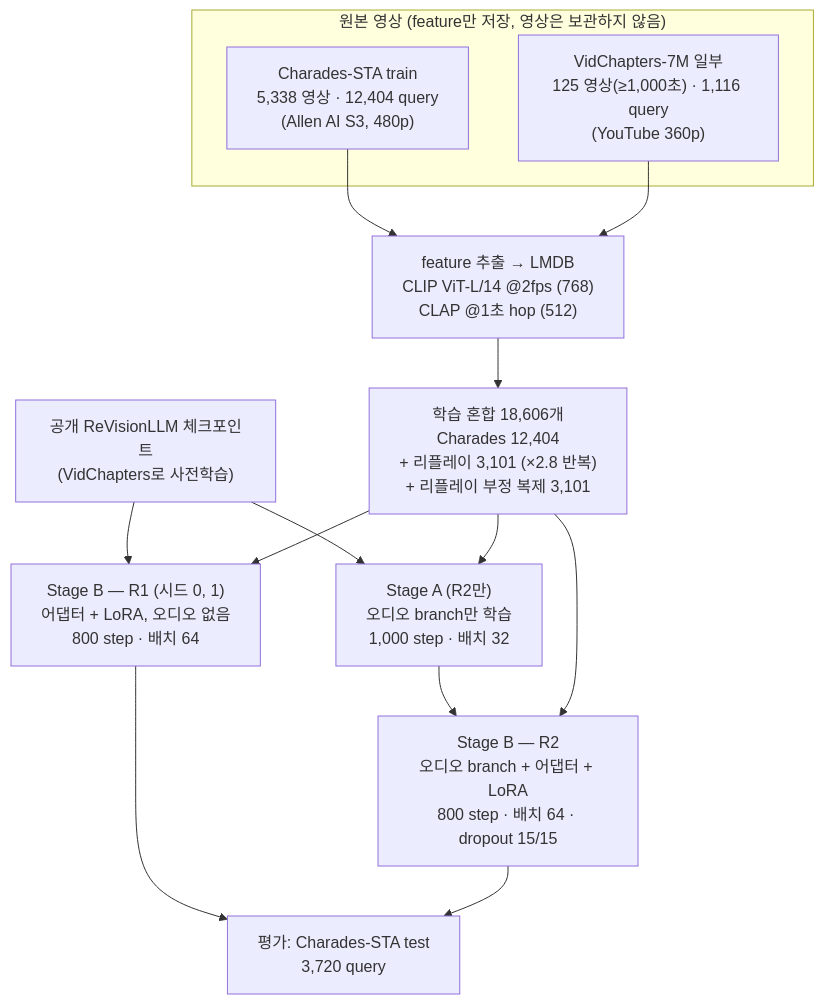
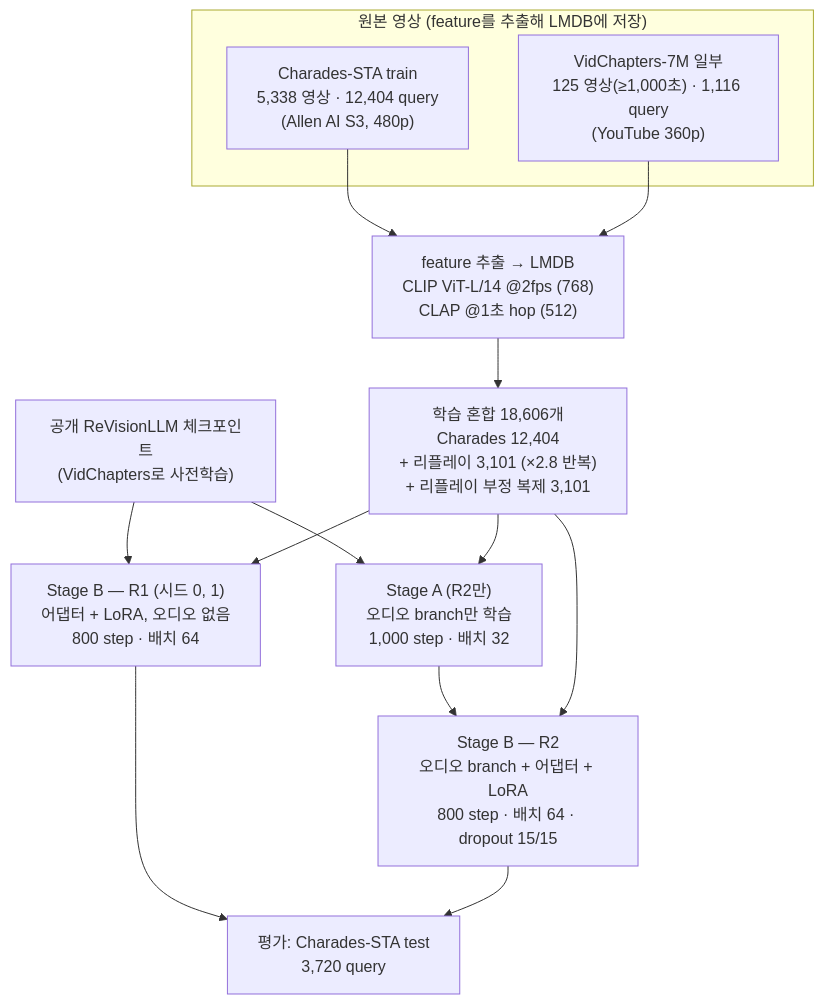
The second of 2 diagrams in METHOD.md (26AIML-ClipCraft/ClipCraft-AI), drawn with Mermaid before and after one commit. The commit also changed other lines of this file and 45 other files, not shown here.

````diff
--- a/METHOD.md
+++ b/METHOD.md
@@ -83,22 +84,22 @@
 ```mermaid
 flowchart TB
-  subgraph SRC["원본 영상 (feature만 저장, 영상은 보관하지 않음)"]
+  subgraph SRC["원본 영상 (feature를 추출해 LMDB에 저장)"]
     CH["Charades-STA train<br/>5,338 영상 · 12,404 query<br/>(Allen AI S3, 480p)"]
     VC["VidChapters-7M 일부<br/>125 영상(≥1,000초) · 1,116 query<br/>(YouTube 360p)"]
   end
   CH --> FE
   VC --> FE
   FE["feature 추출 → LMDB<br/>CLIP ViT-L/14 @2fps (768)<br/>CLAP @1초 hop (512)"]
   FE --> MIX["학습 혼합 18,606개<br/>Charades 12,404<br/>+ 리플레이 3,101 (×2.8 반복)<br/>+ 리플레이 부정 복제 3,101"]
 
   PUB["공개 ReVisionLLM 체크포인트<br/>(VidChapters로 사전학습)"]
   PUB --> SA["Stage A (R2만)<br/>오디오 branch만 학습<br/>1,000 step · 배치 32"]
   MIX --> SA
   SA --> SBR2["Stage B — R2<br/>오디오 branch + 어댑터 + LoRA<br/>800 step · 배치 64 · dropout 15/15"]
   PUB --> SBR1["Stage B — R1 (시드 0, 1)<br/>어댑터 + LoRA, 오디오 없음<br/>800 step · 배치 64"]
   MIX --> SBR2
   MIX --> SBR1
 
   SBR1 --> EV["평가: Charades-STA test<br/>3,720 query"]
   SBR2 --> EV
 ```
````
